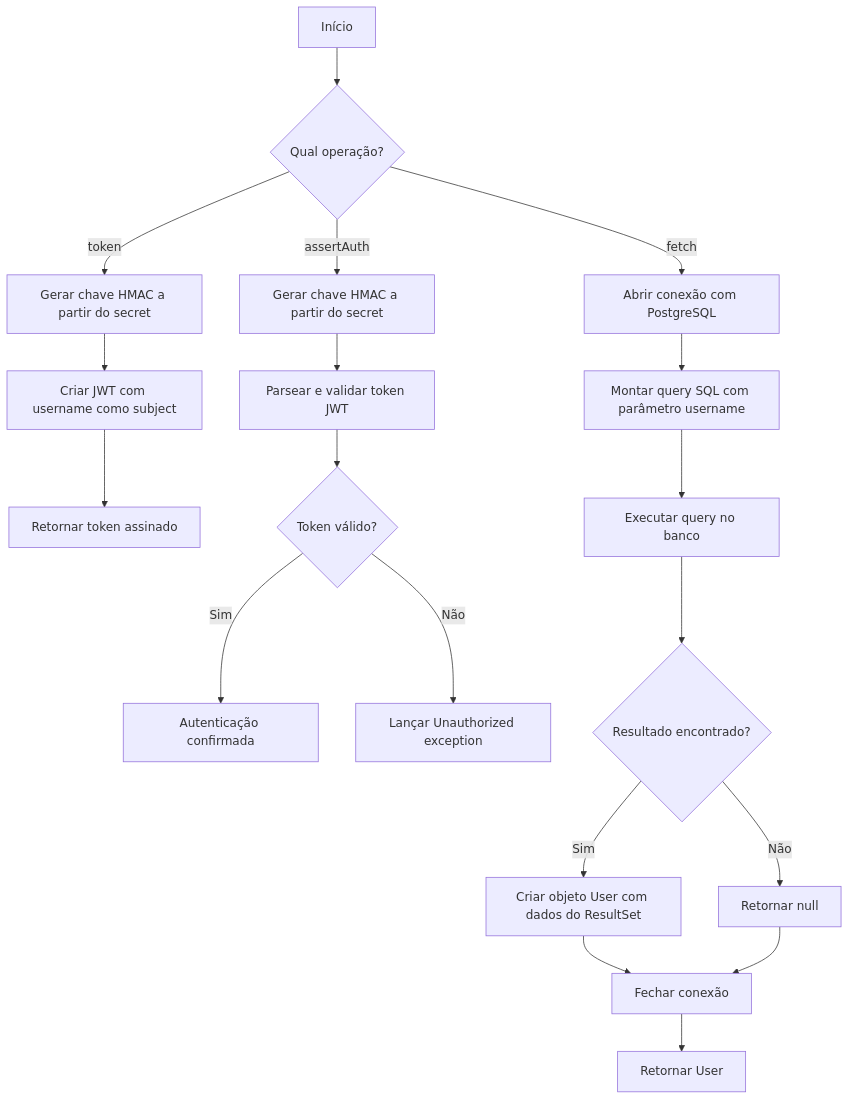
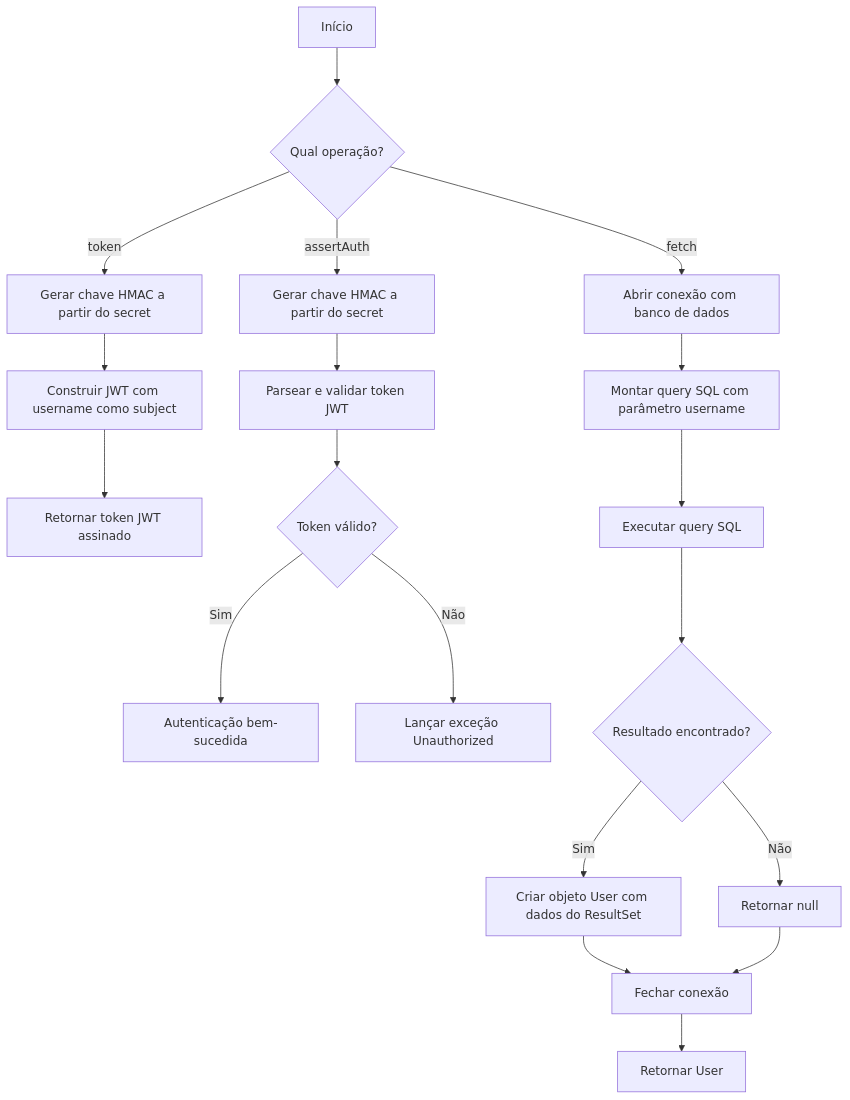
Before and after one commit to wynxx-gft/jold-ccode-reviewer: the first of 2 diagrams in wiki/src/main/java/com/scalesec/vulnado/User.md, drawn with Mermaid. The commit also changed other lines of this file and 1 other file, not shown here.

````diff
--- a/wiki/src/main/java/com/scalesec/vulnado/User.md
+++ b/wiki/src/main/java/com/scalesec/vulnado/User.md
@@ -11,23 +11,23 @@
 ```mermaid
 graph TD
     A[Início] --> B{Qual operação?}
     B -- token --> C[Gerar chave HMAC a partir do secret]
-    C --> D[Criar JWT com username como subject]
-    D --> E[Retornar token assinado]
+    C --> D[Construir JWT com username como subject]
+    D --> E[Retornar token JWT assinado]
 
     B -- assertAuth --> F[Gerar chave HMAC a partir do secret]
     F --> G[Parsear e validar token JWT]
     G --> H{Token válido?}
-    H -- Sim --> I[Autenticação confirmada]
-    H -- Não --> J[Lançar Unauthorized exception]
+    H -- Sim --> I[Autenticação bem-sucedida]
+    H -- Não --> J[Lançar exceção Unauthorized]
 
-    B -- fetch --> K[Abrir conexão com PostgreSQL]
+    B -- fetch --> K[Abrir conexão com banco de dados]
     K --> L[Montar query SQL com parâmetro username]
-    L --> M[Executar query no banco]
+    L --> M[Executar query SQL]
     M --> N{Resultado encontrado?}
     N -- Sim --> O[Criar objeto User com dados do ResultSet]
     N -- Não --> P[Retornar null]
     O --> Q[Fechar conexão]
+    Q --> R[Retornar User]
     P --> Q
-    Q --> R[Retornar User]
 ```
````
